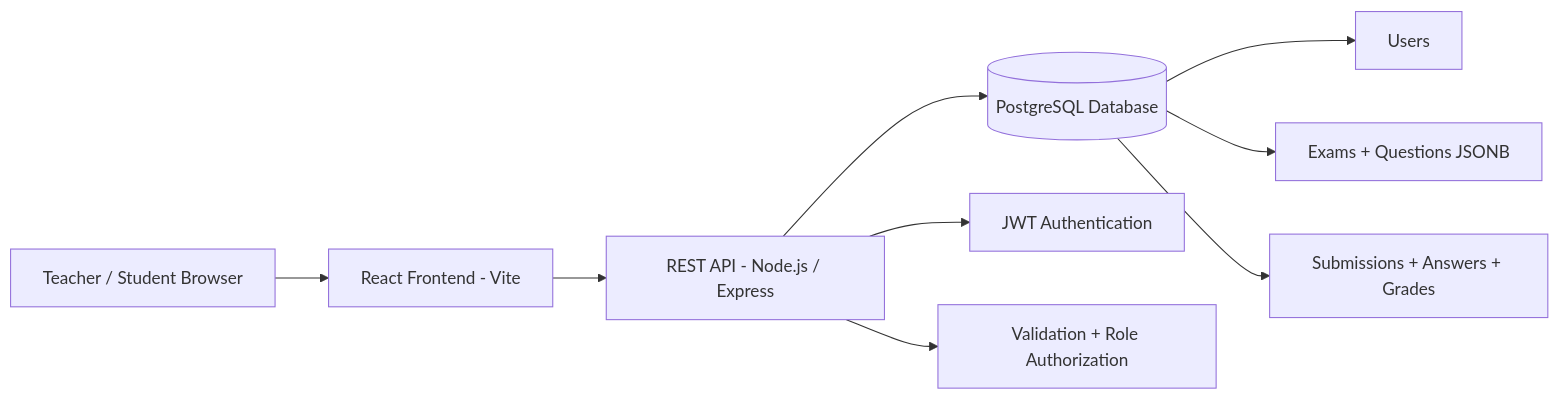
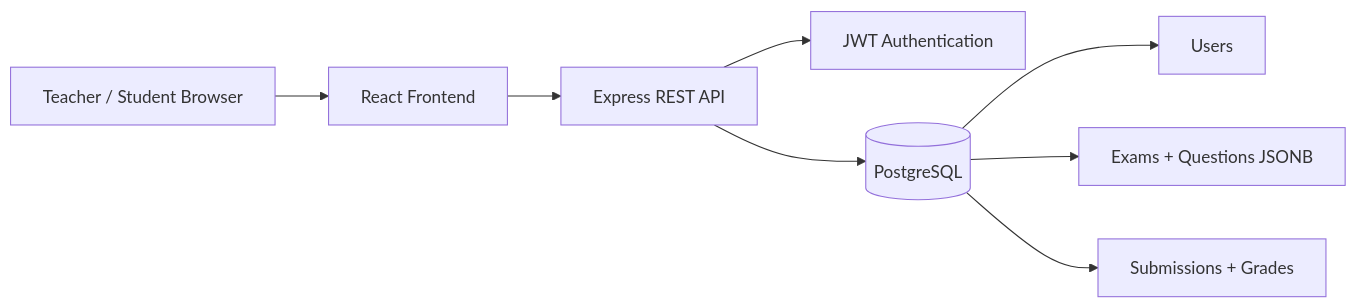
The first of 3 diagrams in docs/VISUAL_DIAGRAMS_FOR_PRESENTATION.md (abolielmahde/exam-management-system), drawn with Mermaid before and after one commit. The commit also changed other lines of this file and 83 other files, not shown here.

Commit message:
update final project with formatted code comments graphs and documentation

````diff
--- a/docs/VISUAL_DIAGRAMS_FOR_PRESENTATION.md
+++ b/docs/VISUAL_DIAGRAMS_FOR_PRESENTATION.md
@@ -7,11 +5,10 @@
 ```mermaid
 flowchart LR
-    A[Teacher / Student Browser] --> B[React Frontend - Vite]
-    B --> C[REST API - Node.js / Express]
-    C --> D[(PostgreSQL Database)]
-    C --> E[JWT Authentication]
-    C --> F[Validation + Role Authorization]
-    D --> G[Users]
-    D --> H[Exams + Questions JSONB]
-    D --> I[Submissions + Answers + Grades]
+  Browser[Teacher / Student Browser] --> React[React Frontend]
+  React --> API[Express REST API]
+  API --> JWT[JWT Authentication]
+  API --> DB[(PostgreSQL)]
+  DB --> Users[Users]
+  DB --> Exams[Exams + Questions JSONB]
+  DB --> Submissions[Submissions + Grades]
 ```
````
